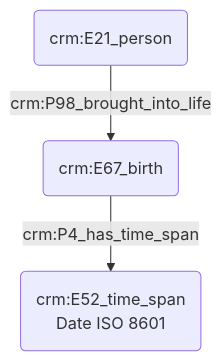
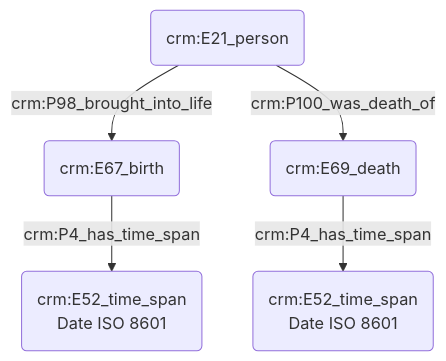
One commit to Amleth/consortium-musica2-gt2-ontologies changed the diagram in modules/livrables/Dossier 2/Indexation conceptuelle/indexation d'une personne.md. Above: the diagram before and after it, drawn with Mermaid.

Commit message:
Update indexation d'une personne.md

````diff
--- a/modules/livrables/Dossier 2/Indexation conceptuelle/indexation d'une personne.md
+++ b/modules/livrables/Dossier 2/Indexation conceptuelle/indexation d'une personne.md
@@ -11,8 +11,10 @@
 ```mermaid
 graph TD;
 
 A(crm:E21_person) --> |crm:P98_brought_into_life| B(crm:E67_birth)
 B(crm:E67_birth) --> |crm:P4_has_time_span| C(crm:E52_time_span<br>Date ISO 8601)
 
+A(crm:E21_person) --> |crm:P100_was_death_of| D(crm:E69_death)
+D(crm:E69_death) --> |crm:P4_has_time_span| E(crm:E52_time_span<br>Date ISO 8601)
 
 ```
````
